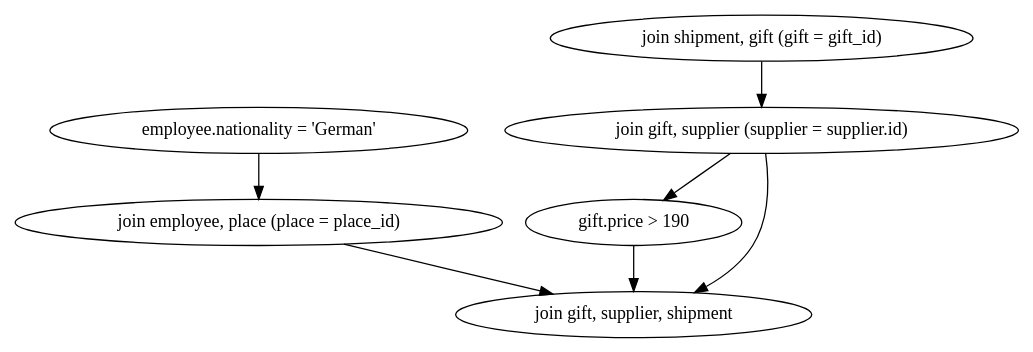
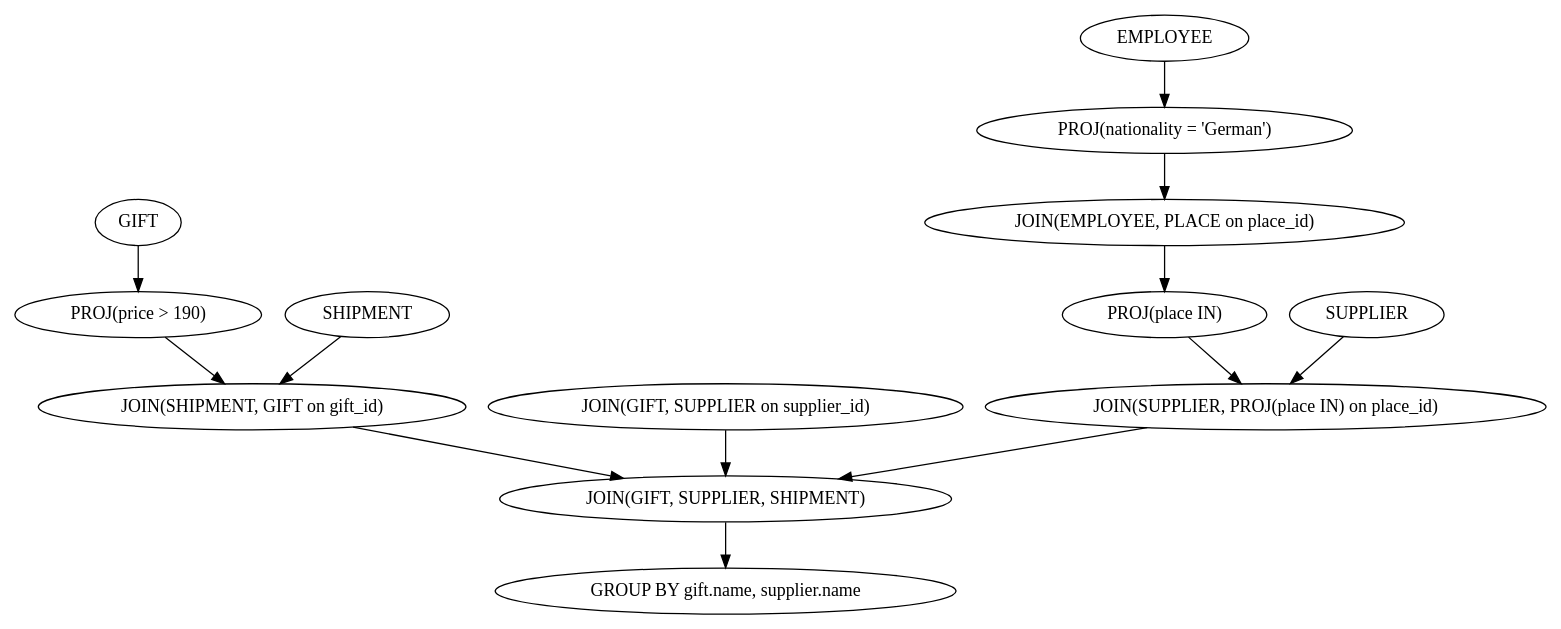
Before and after one commit to AndreaCrotti/database-implementation: the diagram in solutions/db_sol10.org, drawn with Graphviz. The commit also changed other lines of this file and 2 other files, not shown here.

```diff
--- a/solutions/db_sol10.org
+++ b/solutions/db_sol10.org
@@ -73,10 +71,17 @@
 #+begin_src dot :file db_10_2.pdf :cmdline -Tpdf :exports none :results silent
 digraph s2 {
-        "join gift, supplier (supplier = supplier.id)" -> "gift.price > 190";
-        "join shipment, gift (gift = gift_id)" -> "join gift, supplier (supplier = supplier.id)";
-        "employee.nationality = 'German'" -> "join employee, place (place = place_id)";
-	"join employee, place (place = place_id)" -> "join gift, supplier, shipment";
-        "gift.price > 190" -> "join gift, supplier, shipment";
-        "join gift, supplier (supplier = supplier.id)" -> "join gift, supplier, shipment";
+	GIFT -> "PROJ(price > 190)";
+	"PROJ(price > 190)" -> "JOIN(SHIPMENT, GIFT on gift_id)";
+	SHIPMENT -> "JOIN(SHIPMENT, GIFT on gift_id)";
+	"JOIN(SHIPMENT, GIFT on gift_id)" -> "JOIN(GIFT, SUPPLIER, SHIPMENT)";
+	"JOIN(GIFT, SUPPLIER on supplier_id)" -> "JOIN(GIFT, SUPPLIER, SHIPMENT)";
+	
+	EMPLOYEE -> "PROJ(nationality = 'German')";
+	"PROJ(nationality = 'German')" -> "JOIN(EMPLOYEE, PLACE on place_id)";
+	"PROJ(place IN)" -> "JOIN(SUPPLIER, PROJ(place IN) on place_id)";
+	"JOIN(EMPLOYEE, PLACE on place_id)" ->  "PROJ(place IN)";
+	SUPPLIER -> "JOIN(SUPPLIER, PROJ(place IN) on place_id)";
+	"JOIN(SUPPLIER, PROJ(place IN) on place_id)" -> "JOIN(GIFT, SUPPLIER, SHIPMENT)";
+	"JOIN(GIFT, SUPPLIER, SHIPMENT)" -> "GROUP BY gift.name, supplier.name";
 }
 #+end_src
```
